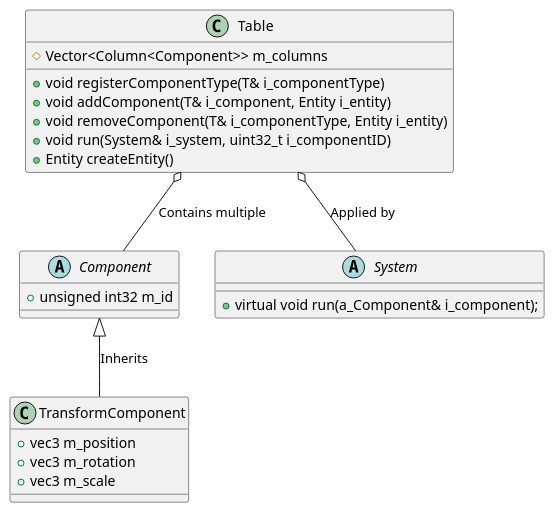
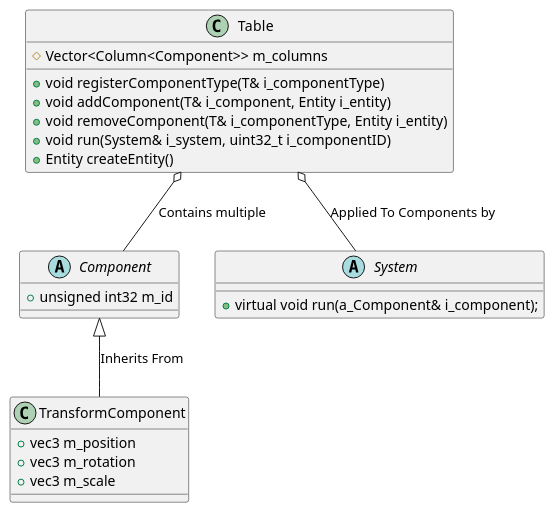
Before and after one commit to NCCA/programming-assignment-supersliser: the diagram in ClassDiagram.md, drawn with PlantUML. The commit also changed 1 other file, not shown here.

Commit message:
updated basic class diagram

```diff
--- a/ClassDiagram.md
+++ b/ClassDiagram.md
@@ -1,30 +1,30 @@
 @startuml
 
 class Table {
 	# Vector<Column<Component>> m_columns
 	+ void registerComponentType(T& i_componentType)
 	+ void addComponent(T& i_component, Entity i_entity)
 	+ void removeComponent(T& i_componentType, Entity i_entity)
 	+ void run(System& i_system, uint32_t i_componentID)
 	+ Entity createEntity()
 }
 
 abstract class Component {
 	+ unsigned int32 m_id
 }
 
 class TransformComponent {
 	+ vec3 m_position
 	+ vec3 m_rotation
 	+ vec3 m_scale
 }
 
 abstract class System {
 	+ virtual void run(a_Component& i_component);
 }
 
-Table o-- System : "Applied by"
-Component <|-- TransformComponent : "Inherits"
+Table o-- System : "Applied To Components by"
+Component <|-- TransformComponent : "Inherits From"
 Table o-- Component : "Contains multiple"
 
 @enduml
```
